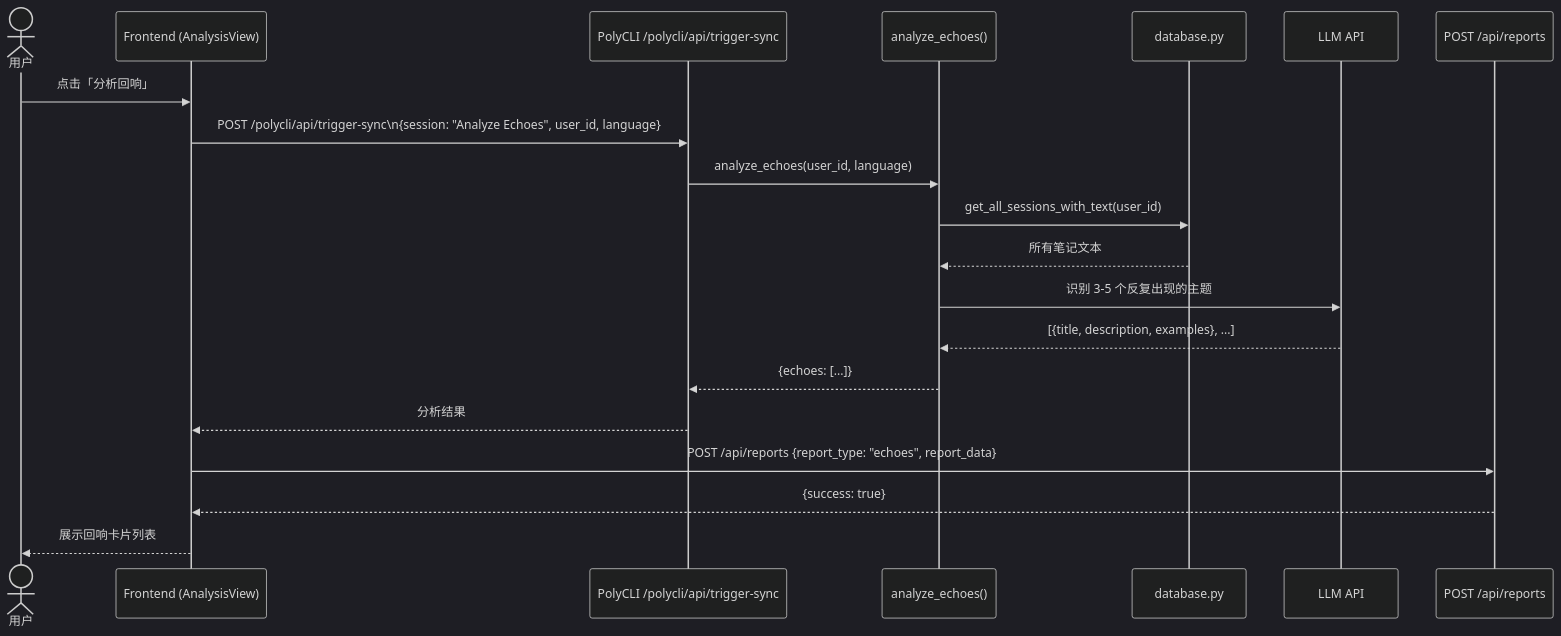
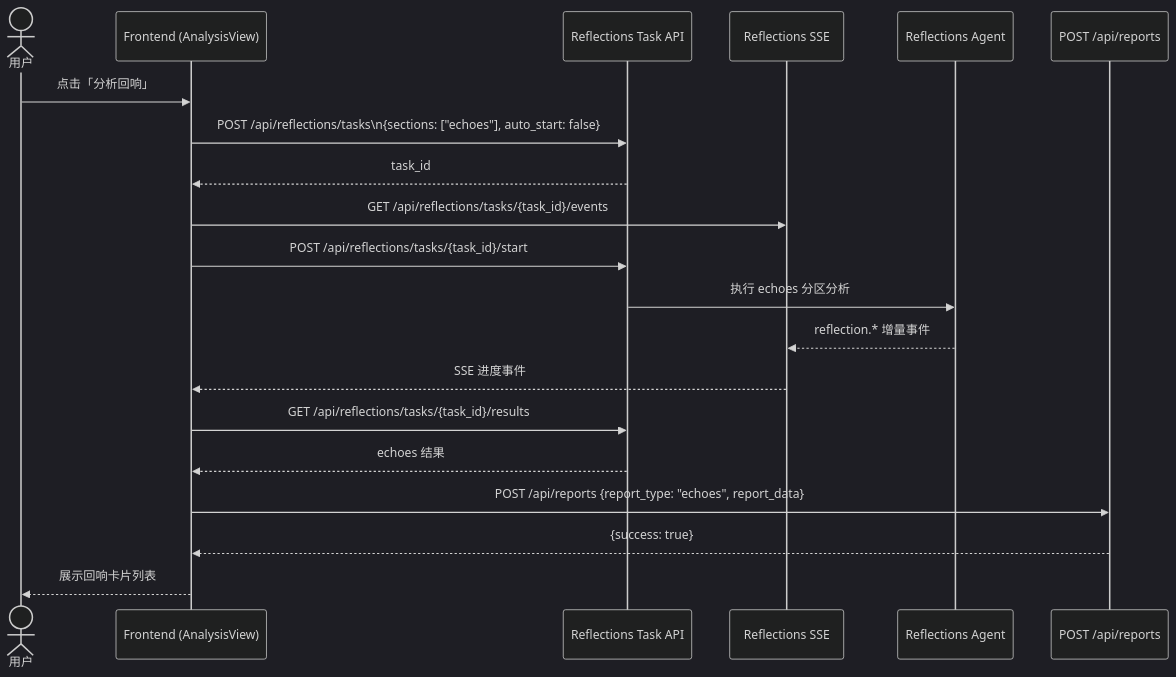
The ninth of 17 diagrams in docs/design/sequence-diagrams.md (glide-the/im-dream), drawn with Mermaid (dark theme) before and after one commit. The commit also changed other lines of this file and 136 other files, not shown here.

````diff
--- a/docs/design/sequence-diagrams.md
+++ b/docs/design/sequence-diagrams.md
@@ -302,23 +270,23 @@
 ```mermaid
 sequenceDiagram
     actor User as 用户
     participant FE as Frontend (AnalysisView)
-    participant PolyCLI as PolyCLI /polycli/api/trigger-sync
-    participant Session as analyze_echoes()
-    participant DB as database.py
-    participant LLM as LLM API
+    participant TaskAPI as Reflections Task API
+    participant Stream as Reflections SSE
+    participant Agent as Reflections Agent
     participant ReportAPI as POST /api/reports
 
     User->>FE: 点击「分析回响」
-    FE->>PolyCLI: POST /polycli/api/trigger-sync\n{session: "Analyze Echoes", user_id, language}
-    PolyCLI->>Session: analyze_echoes(user_id, language)
-    Session->>DB: get_all_sessions_with_text(user_id)
-    DB-->>Session: 所有笔记文本
-    Session->>LLM: 识别 3-5 个反复出现的主题
-    LLM-->>Session: [{title, description, examples}, ...]
-    Session-->>PolyCLI: {echoes: [...]}
-    PolyCLI-->>FE: 分析结果
+    FE->>TaskAPI: POST /api/reflections/tasks\n{sections: ["echoes"], auto_start: false}
+    TaskAPI-->>FE: task_id
+    FE->>Stream: GET /api/reflections/tasks/{task_id}/events
+    FE->>TaskAPI: POST /api/reflections/tasks/{task_id}/start
+    TaskAPI->>Agent: 执行 echoes 分区分析
+    Agent-->>Stream: reflection.* 增量事件
+    Stream-->>FE: SSE 进度事件
+    FE->>TaskAPI: GET /api/reflections/tasks/{task_id}/results
+    TaskAPI-->>FE: echoes 结果
     FE->>ReportAPI: POST /api/reports {report_type: "echoes", report_data}
     ReportAPI-->>FE: {success: true}
     FE-->>User: 展示回响卡片列表
 ```
````
